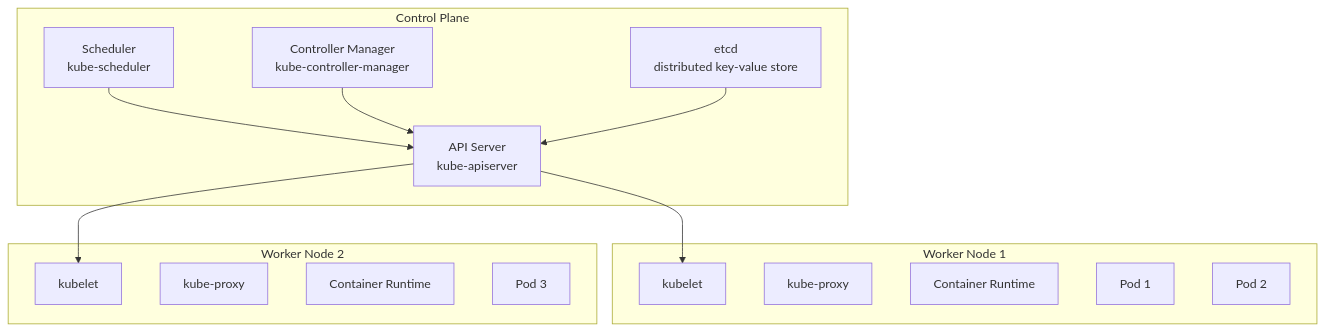
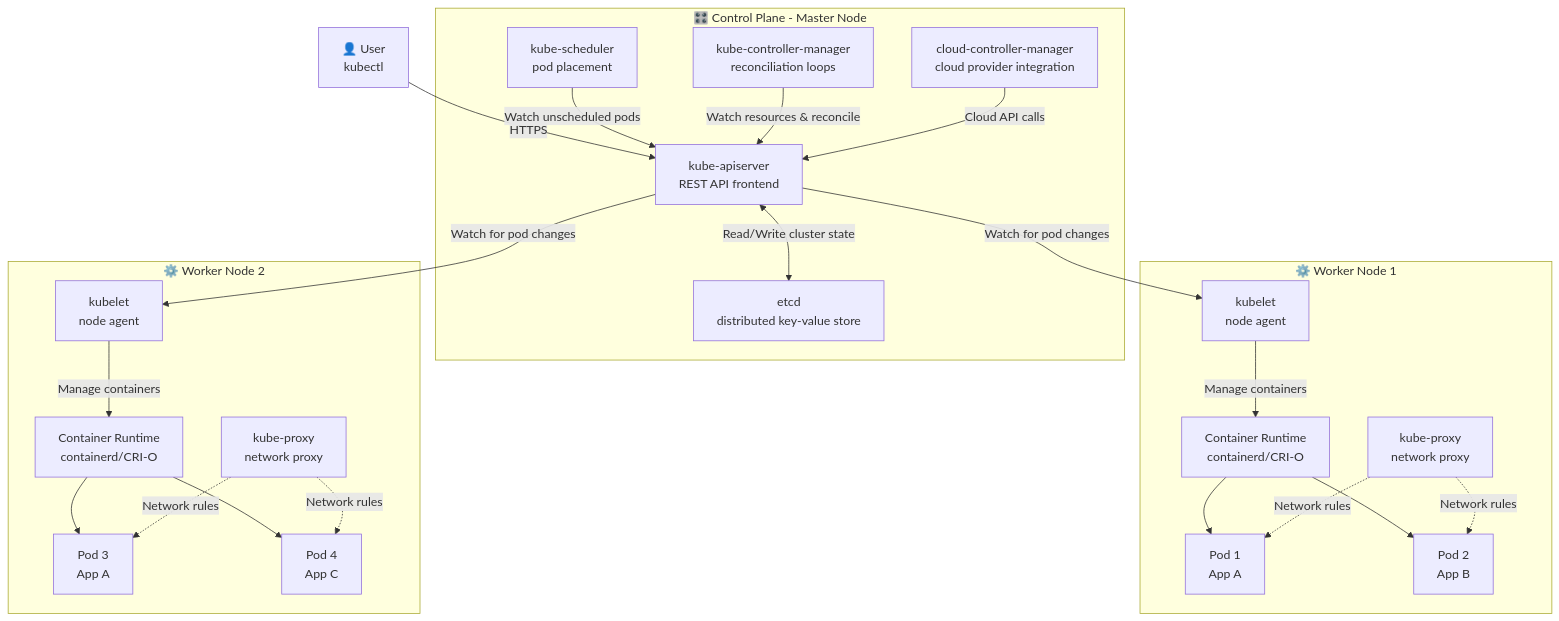
Before and after one commit to adityasingh-ops/DevOps: the third of 5 diagrams in lectures/11_kubernetes_introduction.md, drawn with Mermaid. The commit also changed other lines of this file, not shown here.

````diff
--- a/lectures/11_kubernetes_introduction.md
+++ b/lectures/11_kubernetes_introduction.md
@@ -48,30 +272,48 @@
 ```mermaid
 graph TB
-    subgraph Control_Plane[Control Plane]
-        API[API Server<br/>kube-apiserver]
-        SCHED[Scheduler<br/>kube-scheduler]
-        CM[Controller Manager<br/>kube-controller-manager]
+    subgraph Control_Plane[🎛️ Control Plane - Master Node]
+        API[kube-apiserver<br/>REST API frontend]
         ETCD[etcd<br/>distributed key-value store]
+        SCHED[kube-scheduler<br/>pod placement]
+        CM[kube-controller-manager<br/>reconciliation loops]
+        CCM[cloud-controller-manager<br/>cloud provider integration]
     end
     
-    subgraph Worker_Node_1[Worker Node 1]
-        KUBELET1[kubelet]
-        PROXY1[kube-proxy]
-        RUNTIME1[Container Runtime]
-        POD1[Pod 1]
-        POD2[Pod 2]
+    subgraph Worker_Node_1[⚙️ Worker Node 1]
+        KUBELET1[kubelet<br/>node agent]
+        PROXY1[kube-proxy<br/>network proxy]
+        RUNTIME1[Container Runtime<br/>containerd/CRI-O]
+        POD1[Pod 1<br/>App A]
+        POD2[Pod 2<br/>App B]
     end
     
-    subgraph Worker_Node_2[Worker Node 2]
-        KUBELET2[kubelet]
-        PROXY2[kube-proxy]
-        RUNTIME2[Container Runtime]
-        POD3[Pod 3]
+    subgraph Worker_Node_2[⚙️ Worker Node 2]
+        KUBELET2[kubelet<br/>node agent]
+        PROXY2[kube-proxy<br/>network proxy]
+        RUNTIME2[Container Runtime<br/>containerd/CRI-O]
+        POD3[Pod 3<br/>App A]
+        POD4[Pod 4<br/>App C]
     end
     
-    API --> KUBELET1
-    API --> KUBELET2
-    SCHED --> API
-    CM --> API
-    ETCD --> API
+    USER[👤 User<br/>kubectl] -->|HTTPS| API
+    API <-->|Read/Write cluster state| ETCD
+    SCHED -->|Watch unscheduled pods| API
+    CM -->|Watch resources & reconcile| API
+    CCM -->|Cloud API calls| API
+    
+    API -->|Watch for pod changes| KUBELET1
+    API -->|Watch for pod changes| KUBELET2
+    
+    KUBELET1 -->|Manage containers| RUNTIME1
+    KUBELET2 -->|Manage containers| RUNTIME2
+    
+    RUNTIME1 --> POD1
+    RUNTIME1 --> POD2
+    RUNTIME2 --> POD3
+    RUNTIME2 --> POD4
+    
+    PROXY1 -.->|Network rules| POD1
+    PROXY1 -.->|Network rules| POD2
+    PROXY2 -.->|Network rules| POD3
+    PROXY2 -.->|Network rules| POD4
 ```
````
